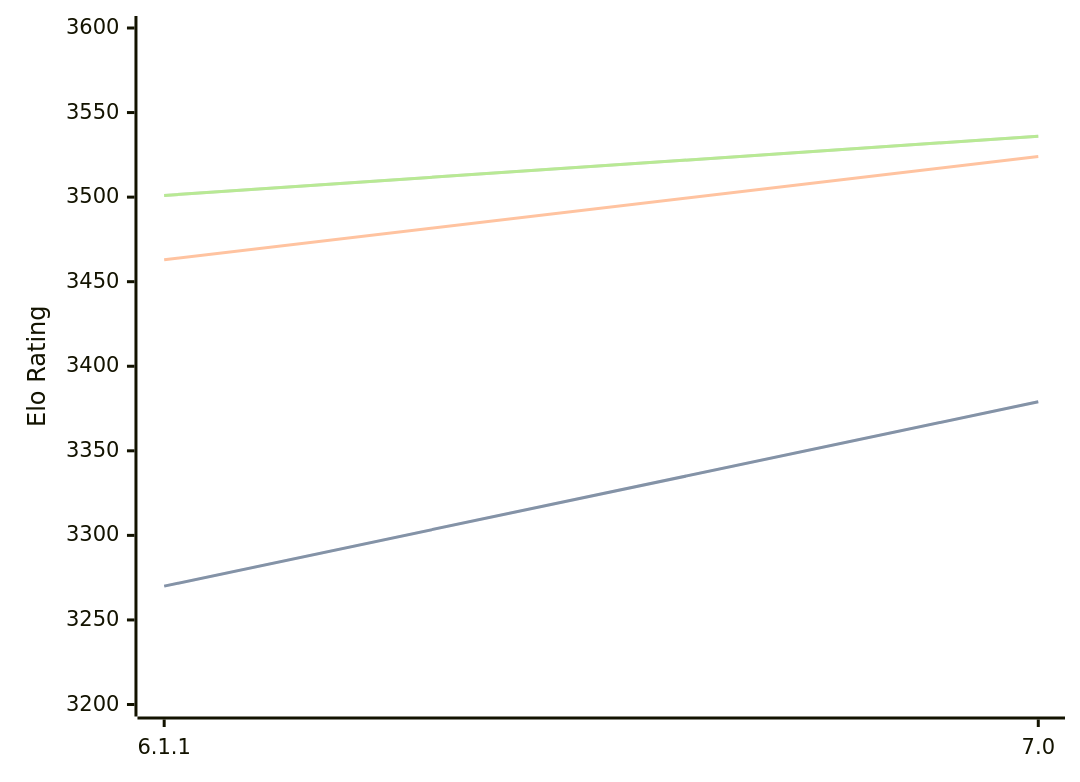
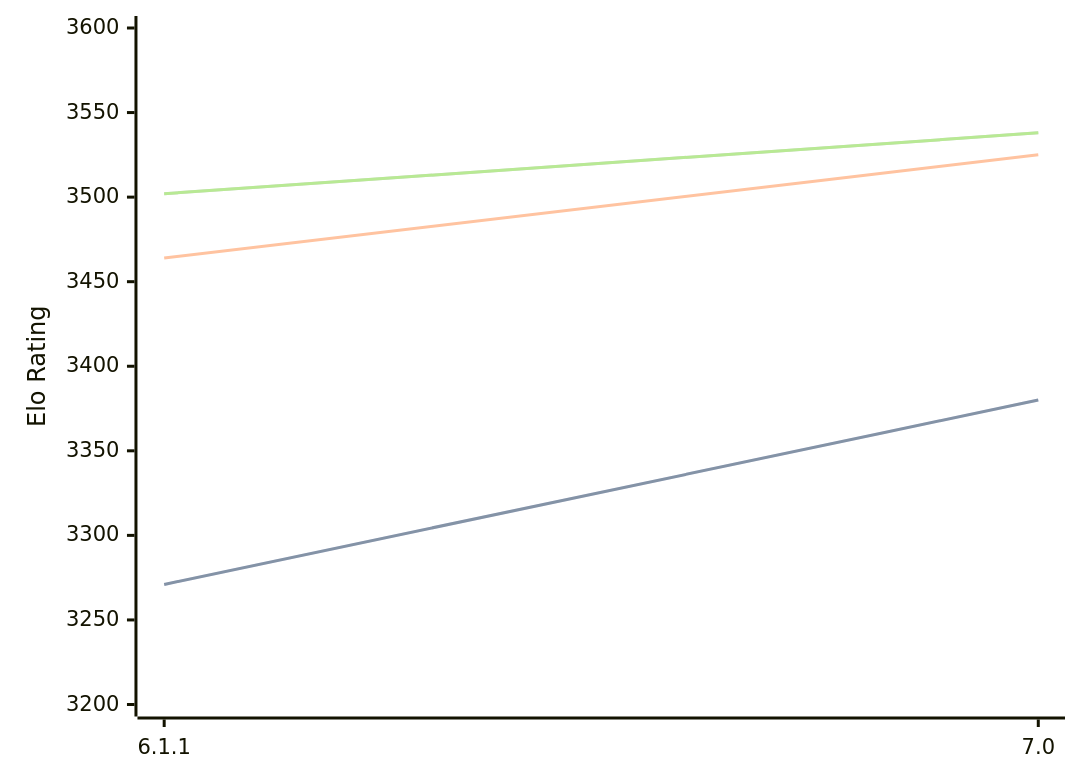
Before and after one commit to computer-chess-index/cci: the diagram in engines/Astra.md, drawn with Mermaid. The commit also changed other lines of this file, not shown here.

Commit message:
Update CCI Ratings (ELO VLTC) - 2026-08-15

````diff
--- a/engines/Astra.md
+++ b/engines/Astra.md
@@ -32,11 +32,11 @@
 ```mermaid
 %%{init: {"theme":"base","themeVariables":{"seriesColors:['#a3a3a3','#222221','#faa371']}}}%%
 xychart-beta
   x-axis ["6.1.1", "7.0"]
   y-axis "Elo Rating" 3200 --> 3600
-  line "STC (8.0+0.08s)" [3270, 3379]
-  line "STC (8.0+0.08s)" [3270, 3379]
-  line "LTC (60.0+0.60s)" [3463, 3524]
-  line "VLTC (2m24s+1.12s)" [3501, 3536]
-  line "VLTC (2m24s+1.12s)" [3501, 3536]
+  line "STC (8.0+0.08s)" [3271, 3380]
+  line "STC (8.0+0.08s)" [3271, 3380]
+  line "LTC (60.0+0.60s)" [3464, 3525]
+  line "VLTC (2m24s+1.12s)" [3502, 3538]
+  line "VLTC (2m24s+1.12s)" [3502, 3538]
 ```
````
